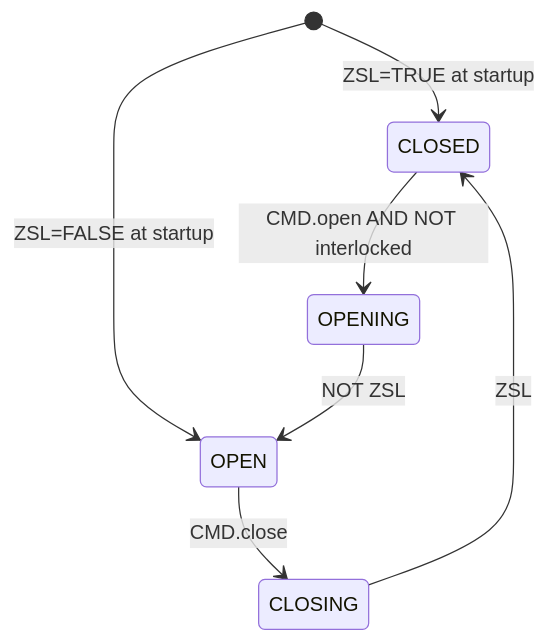
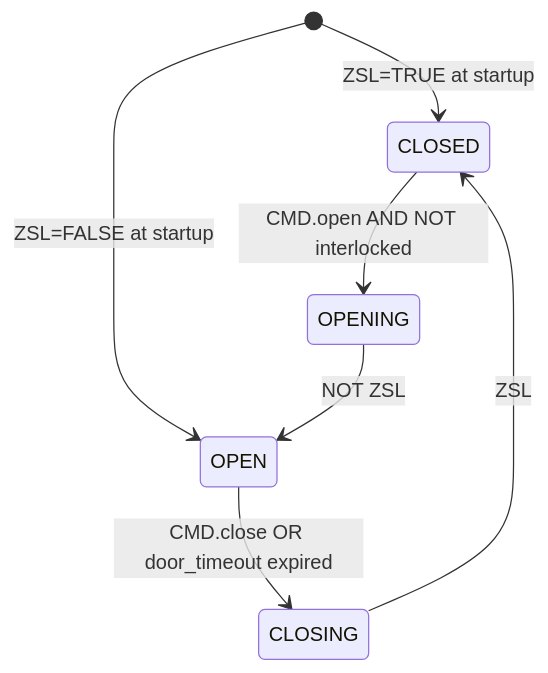
One commit to AleFire99/TIA_knowledge changed the second of 2 diagrams in docs/library/gate/index.en.md. Above: the diagram before and after it, drawn with Mermaid. The commit also changed other lines of this file and 95 other files, not shown here.

````diff
--- a/docs/library/gate/index.en.md
+++ b/docs/library/gate/index.en.md
@@ -95,10 +101,10 @@
 ```mermaid
 stateDiagram-v2
     [*] --> CLOSED : ZSL=TRUE at startup
     [*] --> OPEN : ZSL=FALSE at startup
 
     CLOSED --> OPENING : CMD.open AND NOT interlocked
     OPENING --> OPEN : NOT ZSL
-    OPEN --> CLOSING : CMD.close
+    OPEN --> CLOSING : CMD.close OR door_timeout expired
     CLOSING --> CLOSED : ZSL
 ```
````
